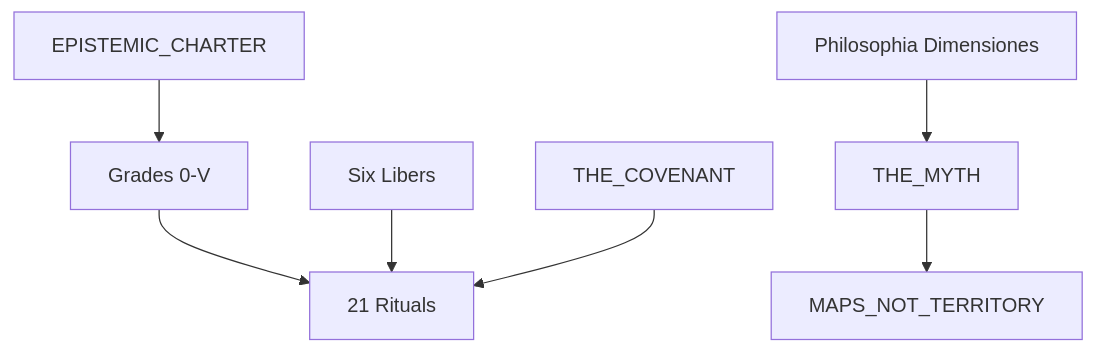
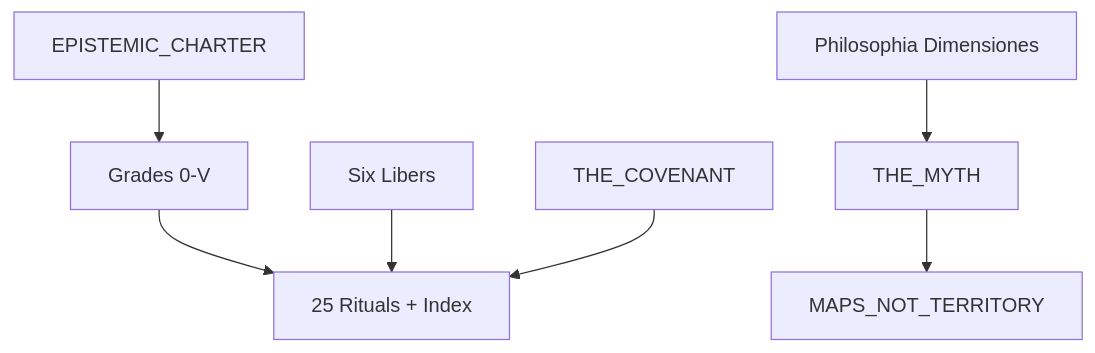
One commit to josephmcnitt/Conscousness changed the diagram in research/esoteric/via_resonantiae/VIA_RESONANTIAE.md. Above: the diagram before and after it, drawn with Mermaid. The commit also changed 8 other files, not shown here.

First line of the commit message:
Add RITUALS_INDEX and rituals 22-25; clarify full catalog.

````diff
--- a/research/esoteric/via_resonantiae/VIA_RESONANTIAE.md
+++ b/research/esoteric/via_resonantiae/VIA_RESONANTIAE.md
@@ -37,18 +37,18 @@
 ```mermaid
 flowchart TB
     Charter[EPISTEMIC_CHARTER]
     Phil[Philosophia Dimensiones]
     Myth[THE_MYTH]
     Maps[MAPS_NOT_TERRITORY]
     Grades[Grades 0-V]
     Libers[Six Libers]
-    Rituals[21 Rituals]
+    Rituals[25 Rituals + Index]
     Ethics[THE_COVENANT]
 
     Charter --> Grades
     Phil --> Myth
     Myth --> Maps
     Grades --> Rituals
     Libers --> Rituals
     Ethics --> Rituals
 ```
````
